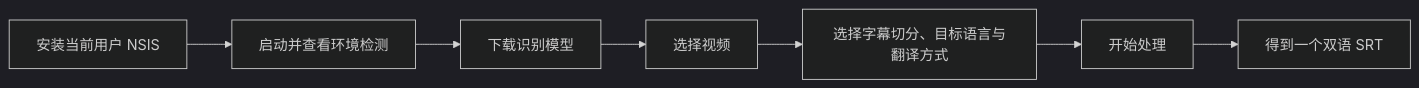
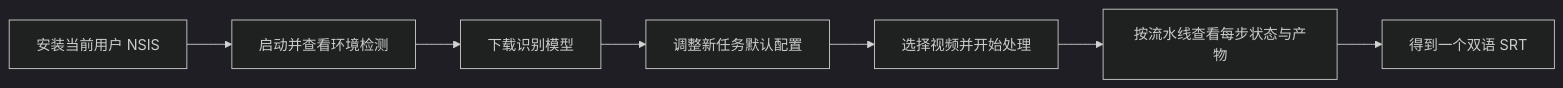
Before and after one commit to coconilu/captionnest: the diagram in docs/user-guide.md, drawn with Mermaid (dark theme). The commit also changed other lines of this file and 32 other files, not shown here.

````diff
--- a/docs/user-guide.md
+++ b/docs/user-guide.md
@@ -5,9 +5,9 @@
 ```mermaid
 flowchart LR
     A["安装当前用户 NSIS"] --> B["启动并查看环境检测"]
     B --> C["下载识别模型"]
-    C --> D["选择视频"]
-    D --> E["选择字幕切分、目标语言与翻译方式"]
-    E --> F["开始处理"]
+    C --> D["调整新任务默认配置"]
+    D --> E["选择视频并开始处理"]
+    E --> F["按流水线查看每步状态与产物"]
     F --> G["得到一个双语 SRT"]
 ```
````
